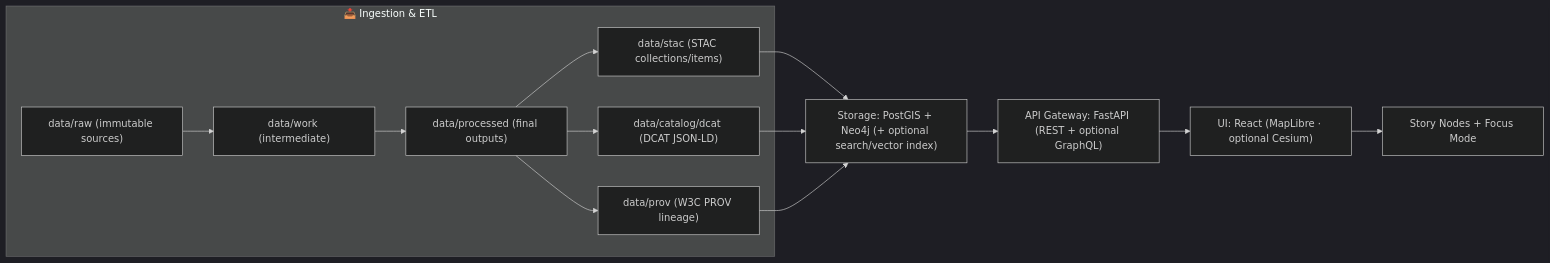
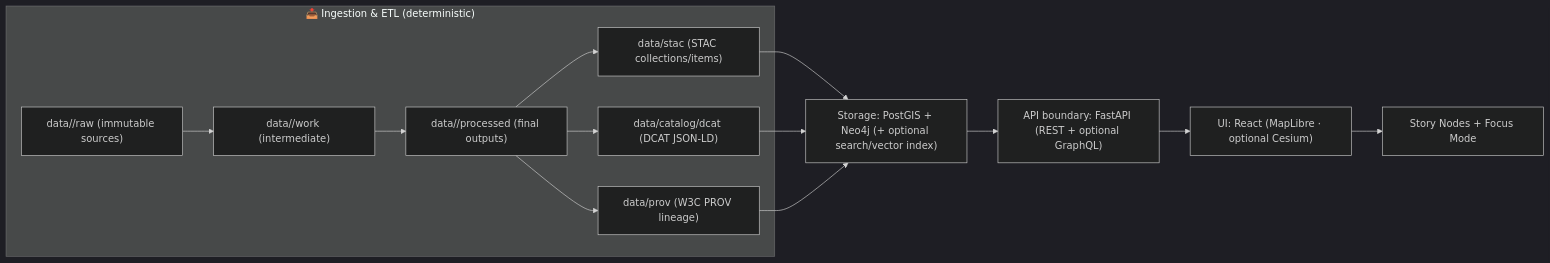
Before and after one commit to bartytime4life/Kansas-Frontier-Matrix: the diagram in README.md, drawn with Mermaid (dark theme). The commit also changed other lines of this file, not shown here.

````diff
--- a/README.md
+++ b/README.md
@@ -123,18 +161,19 @@
 ```mermaid
 flowchart LR
-  subgraph Ingestion["📥 Ingestion & ETL"]
-    raw["data/raw (immutable sources)"] --> work["data/work (intermediate)"]
-    work --> processed["data/processed (final outputs)"]
+  subgraph Ingestion["📥 Ingestion & ETL (deterministic)"]
+    raw["data/<domain>/raw (immutable sources)"] --> work["data/<domain>/work (intermediate)"]
+    work --> processed["data/<domain>/processed (final outputs)"]
+
     processed --> stac["data/stac (STAC collections/items)"]
     processed --> dcat["data/catalog/dcat (DCAT JSON-LD)"]
     processed --> prov["data/prov (W3C PROV lineage)"]
   end
 
   stac --> storage["Storage: PostGIS + Neo4j (+ optional search/vector index)"]
   dcat --> storage
   prov --> storage
 
-  storage --> api["API Gateway: FastAPI (REST + optional GraphQL)"]
+  storage --> api["API boundary: FastAPI (REST + optional GraphQL)"]
   api --> ui["UI: React (MapLibre · optional Cesium)"]
   ui --> story["Story Nodes + Focus Mode"]
 ```
````
